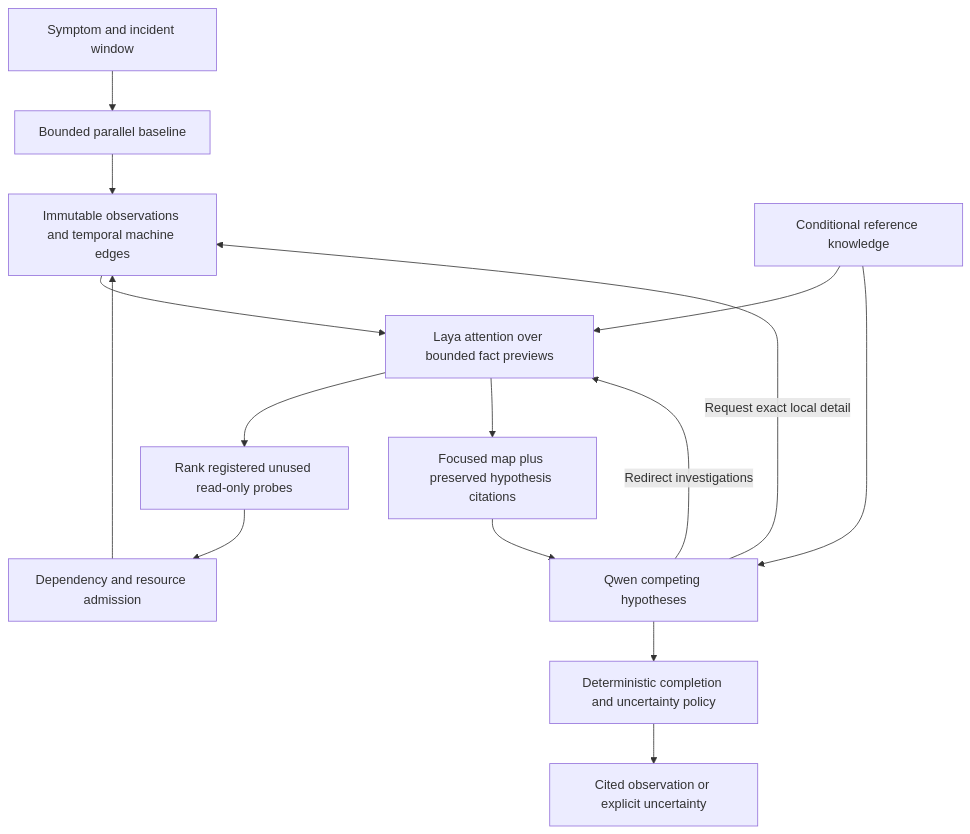
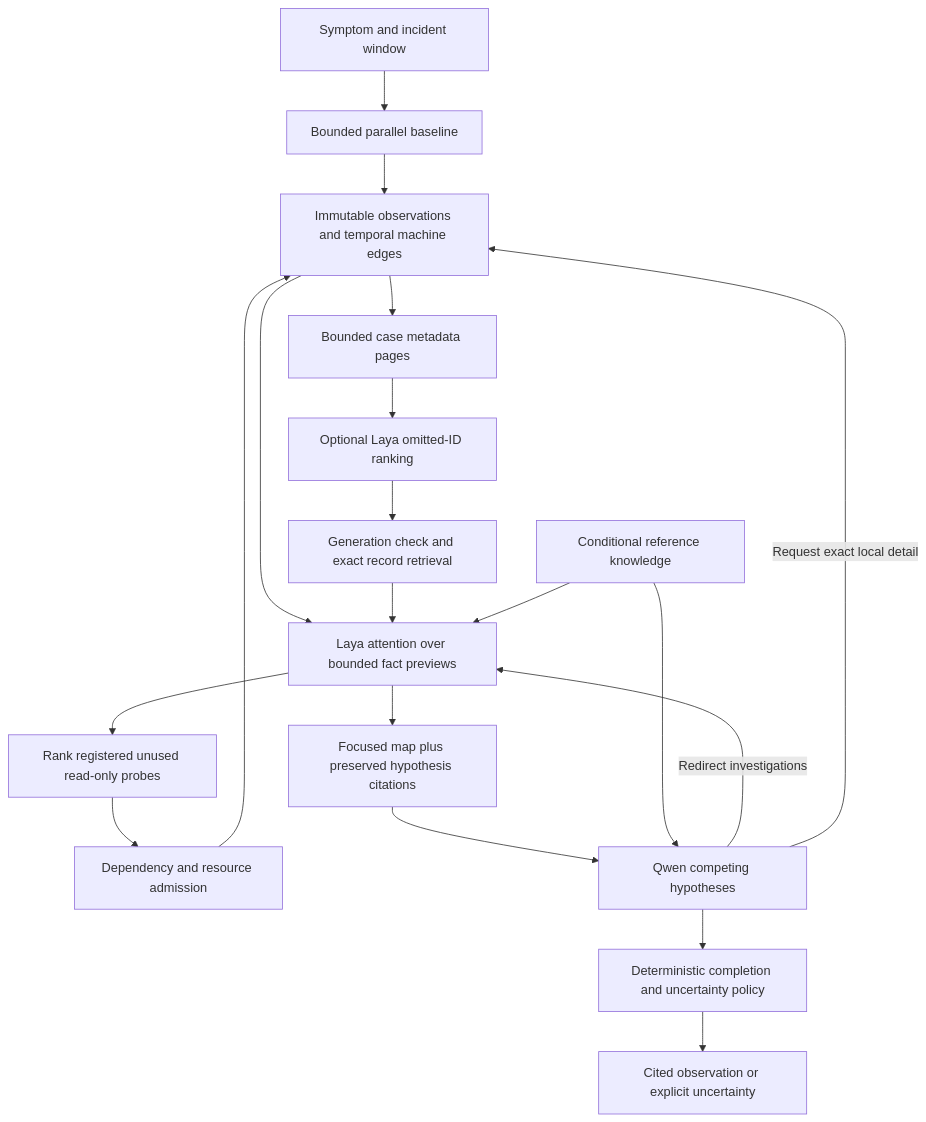
Before and after one commit to BeeJay805/SystemSense: the diagram in docs/architecture/local-two-brain.md, drawn with Mermaid. The commit also changed other lines of this file and 18 other files, not shown here.

First line of the commit message:
feat(investigator): Integrate bounded Laya catalog attention

````diff
--- a/docs/architecture/local-two-brain.md
+++ b/docs/architecture/local-two-brain.md
@@ -7,17 +7,21 @@
 ```mermaid
 flowchart TD
     Goal[Symptom and incident window] --> Baseline[Bounded parallel baseline]
     Baseline --> Store[Immutable observations and temporal machine edges]
     Store --> Attention[Laya attention over bounded fact previews]
+    Store --> Catalog[Bounded case metadata pages]
+    Catalog --> IdRank[Optional Laya omitted-ID ranking]
+    IdRank --> Exact[Generation check and exact record retrieval]
+    Exact --> Attention
     Knowledge[Conditional reference knowledge] --> Attention
     Attention --> Probes[Rank registered unused read-only probes]
     Probes --> Scheduler[Dependency and resource admission]
     Scheduler --> Store
     Attention --> Focus[Focused map plus preserved hypothesis citations]
     Focus --> Deep[Qwen competing hypotheses]
     Knowledge --> Deep
     Deep -->|Redirect investigations| Attention
     Deep -->|Request exact local detail| Store
     Deep --> Gate[Deterministic completion and uncertainty policy]
     Gate --> Report[Cited observation or explicit uncertainty]
 ```
````
